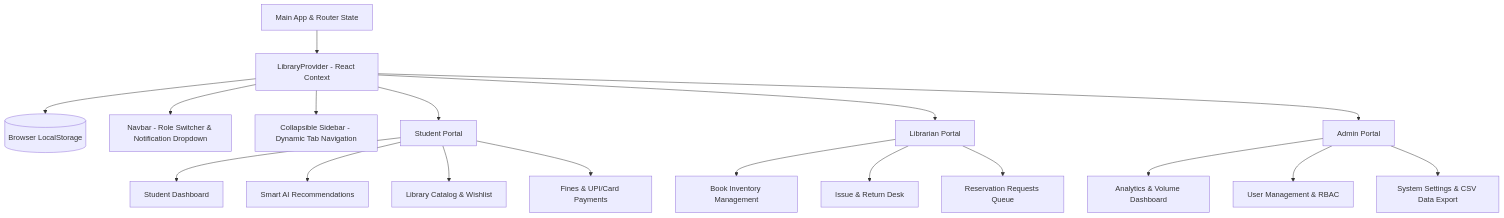
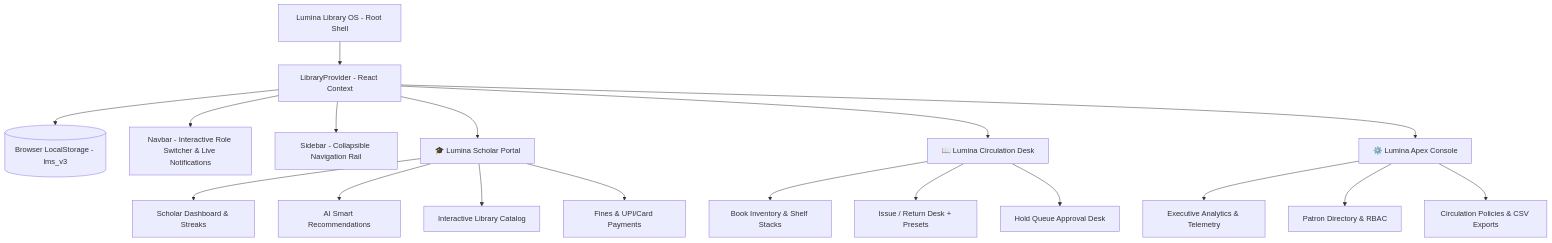
The diagram in README.md (Deekshith-stack/LibraryManagementSystem), drawn with Mermaid before and after one commit. The commit also changed other lines of this file and 13 other files, not shown here.

Commit message:
feat: redesign UI/UX into Lumina Library OS with distinctive portal themes and luxury aesthetics

````diff
--- a/README.md
+++ b/README.md
@@ -60,25 +75,25 @@
 ```mermaid
 graph TD
-    App[Main App & Router State] --> LP[LibraryProvider - React Context]
-    LP --> Storage[(Browser LocalStorage)]
+    App[Lumina Library OS - Root Shell] --> LP[LibraryProvider - React Context]
+    LP --> Storage[(Browser LocalStorage - lms_v3)]
     
-    LP --> Nav[Navbar - Role Switcher & Notification Dropdown]
-    LP --> Side[Collapsible Sidebar - Dynamic Tab Navigation]
+    LP --> Nav[Navbar - Interactive Role Switcher & Live Notifications]
+    LP --> Side[Sidebar - Collapsible Navigation Rail]
     
-    LP --> SP[Student Portal]
-    LP --> LIB[Librarian Portal]
-    LP --> ADM[Admin Portal]
+    LP --> SP[🎓 Lumina Scholar Portal]
+    LP --> LIB[📖 Lumina Circulation Desk]
+    LP --> ADM[⚙️ Lumina Apex Console]
     
-    SP --> S1[Student Dashboard]
-    SP --> S2[Smart AI Recommendations]
-    SP --> S3[Library Catalog & Wishlist]
+    SP --> S1[Scholar Dashboard & Streaks]
+    SP --> S2[AI Smart Recommendations]
+    SP --> S3[Interactive Library Catalog]
     SP --> S4[Fines & UPI/Card Payments]
     
-    LIB --> L1[Book Inventory Management]
-    LIB --> L2[Issue & Return Desk]
-    LIB --> L3[Reservation Requests Queue]
+    LIB --> L1[Book Inventory & Shelf Stacks]
+    LIB --> L2[Issue / Return Desk + Presets]
+    LIB --> L3[Hold Queue Approval Desk]
     
-    ADM --> A1[Analytics & Volume Dashboard]
-    ADM --> A2[User Management & RBAC]
-    ADM --> A3[System Settings & CSV Data Export]
+    ADM --> A1[Executive Analytics & Telemetry]
+    ADM --> A2[Patron Directory & RBAC]
+    ADM --> A3[Circulation Policies & CSV Exports]
 ```
````
